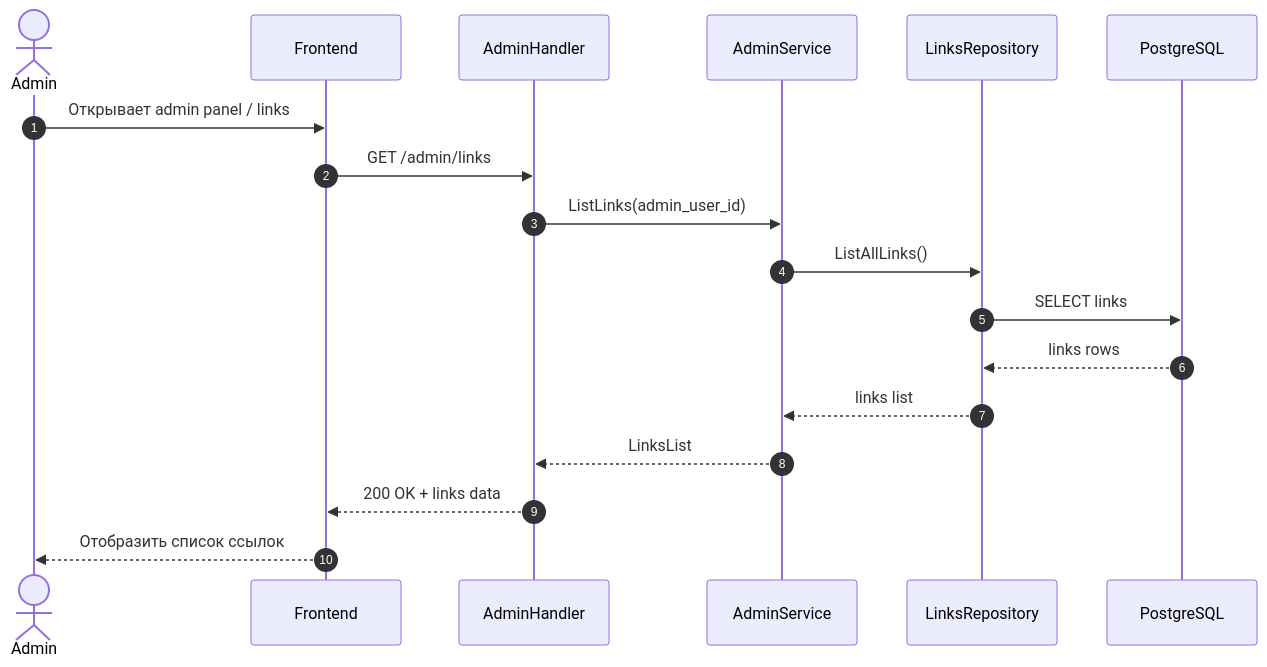
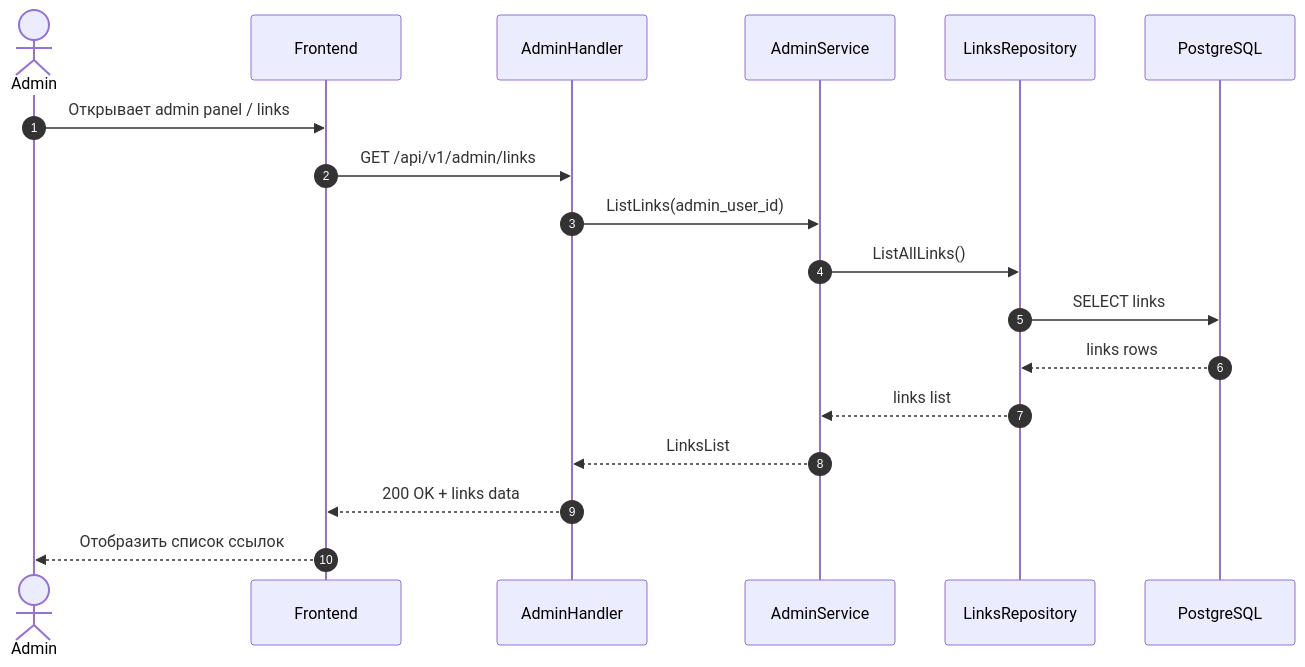
One commit to k3llone/TrackLink changed the diagram in docs/Sequence/SD-28.md. Above: the diagram before and after it, drawn with Mermaid. The commit also changed 33 other files, not shown here.

````diff
--- a/docs/Sequence/SD-28.md
+++ b/docs/Sequence/SD-28.md
@@ -3,25 +3,25 @@
 ```mermaid
 sequenceDiagram
     autonumber
 
     actor Admin
     participant FE as Frontend
     participant ADH as AdminHandler
     participant ADS as AdminService
     participant LR as LinksRepository
     participant DB as PostgreSQL
 
     Admin->>FE: Открывает admin panel / links
-    FE->>ADH: GET /admin/links
+    FE->>ADH: GET /api/v1/admin/links
 
     ADH->>ADS: ListLinks(admin_user_id)
 
     ADS->>LR: ListAllLinks()
     LR->>DB: SELECT links
     DB-->>LR: links rows
     LR-->>ADS: links list
 
     ADS-->>ADH: LinksList
     ADH-->>FE: 200 OK + links data
     FE-->>Admin: Отобразить список ссылок
 ```
````
